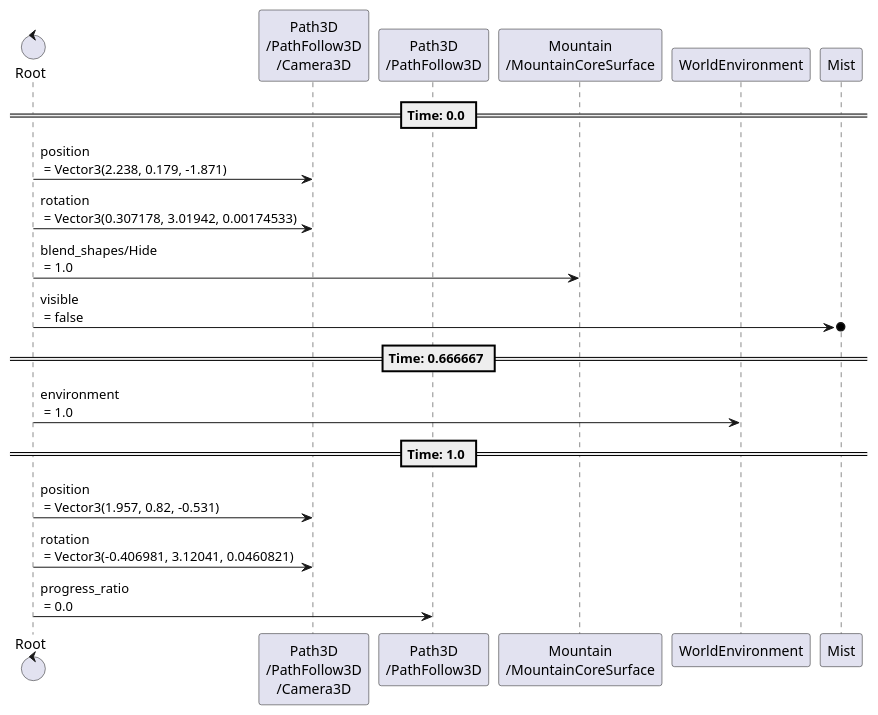
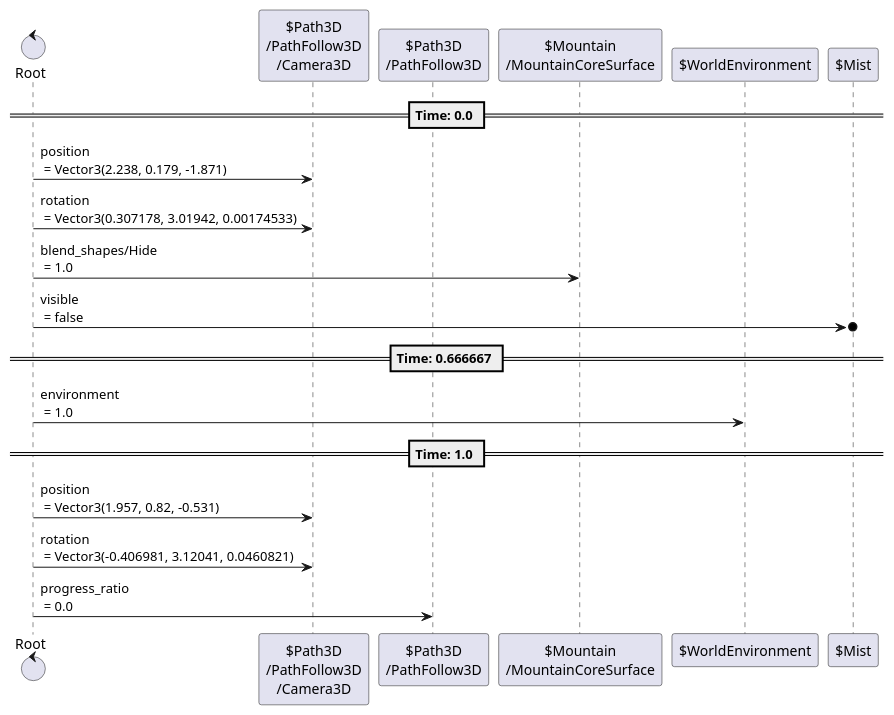
Diagram 13 of 23 in content/scenes/src/world/world.tscn.adoc (tkmfujise/Platformer-Game-Learning), drawn with PlantUML before and after one commit. The commit also changed other lines of this file and 31 other files, not shown here.

Commit message:
Add prefix $ to node name in animation sequences

```diff
--- a/content/scenes/src/world/world.tscn.adoc
+++ b/content/scenes/src/world/world.tscn.adoc
@@ -419,25 +419,25 @@
 [plantuml]
 ....
-control "Root" as Root
-participant "Path3D\n/PathFollow3D\n/Camera3D" as T0
-participant "Path3D\n/PathFollow3D" as T2
-participant "Mountain\n/MountainCoreSurface" as T3
-participant "WorldEnvironment" as T4
-participant "Mist" as T5
+control "Root" as R
+participant "$Path3D\n/PathFollow3D\n/Camera3D" as T0
+participant "$Path3D\n/PathFollow3D" as T2
+participant "$Mountain\n/MountainCoreSurface" as T3
+participant "$WorldEnvironment" as T4
+participant "$Mist" as T5
 
 
 
 == Time: 0.0 ==
-Root  ->  T0 : position\n = Vector3(2.238, 0.179, -1.871)
-Root  ->  T0 : rotation\n = Vector3(0.307178, 3.01942, 0.00174533)
-Root  ->  T3 : blend_shapes/Hide\n = 1.0
-Root  ->o  T5 : visible\n = false
+R  ->  T0 : position\n = Vector3(2.238, 0.179, -1.871)
+R  ->  T0 : rotation\n = Vector3(0.307178, 3.01942, 0.00174533)
+R  ->  T3 : blend_shapes/Hide\n = 1.0
+R  ->o  T5 : visible\n = false
 == Time: 0.666667 ==
-Root  ->  T4 : environment\n = 1.0
+R  ->  T4 : environment\n = 1.0
 == Time: 1.0 ==
-Root  ->  T0 : position\n = Vector3(1.957, 0.82, -0.531)
-Root  ->  T0 : rotation\n = Vector3(-0.406981, 3.12041, 0.0460821)
-Root  ->  T2 : progress_ratio\n = 0.0
+R  ->  T0 : position\n = Vector3(1.957, 0.82, -0.531)
+R  ->  T0 : rotation\n = Vector3(-0.406981, 3.12041, 0.0460821)
+R  ->  T2 : progress_ratio\n = 0.0
 
 
 ....
```
